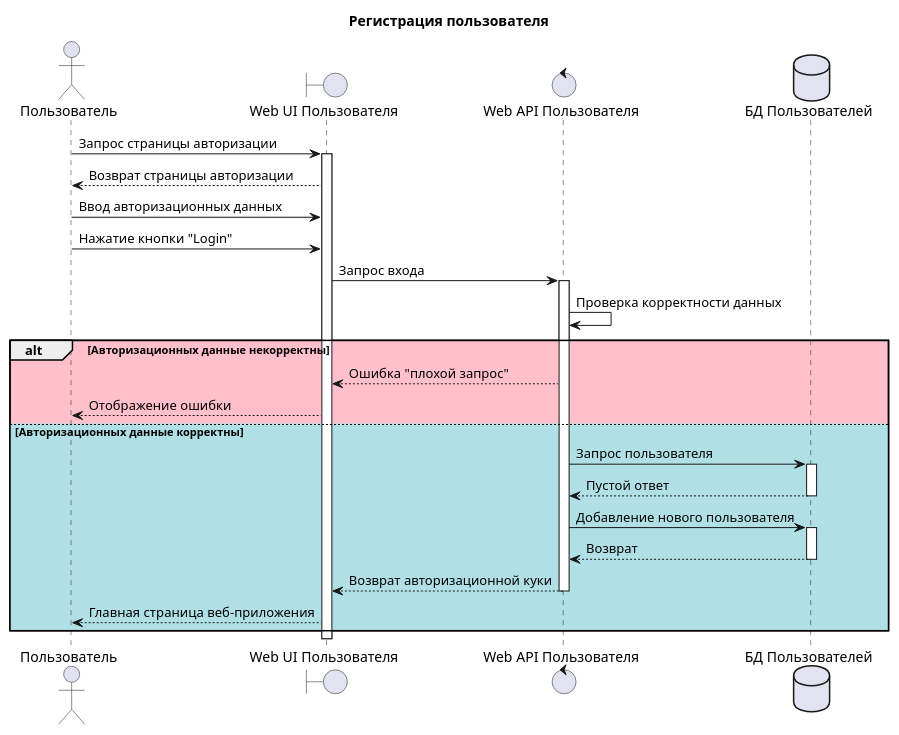
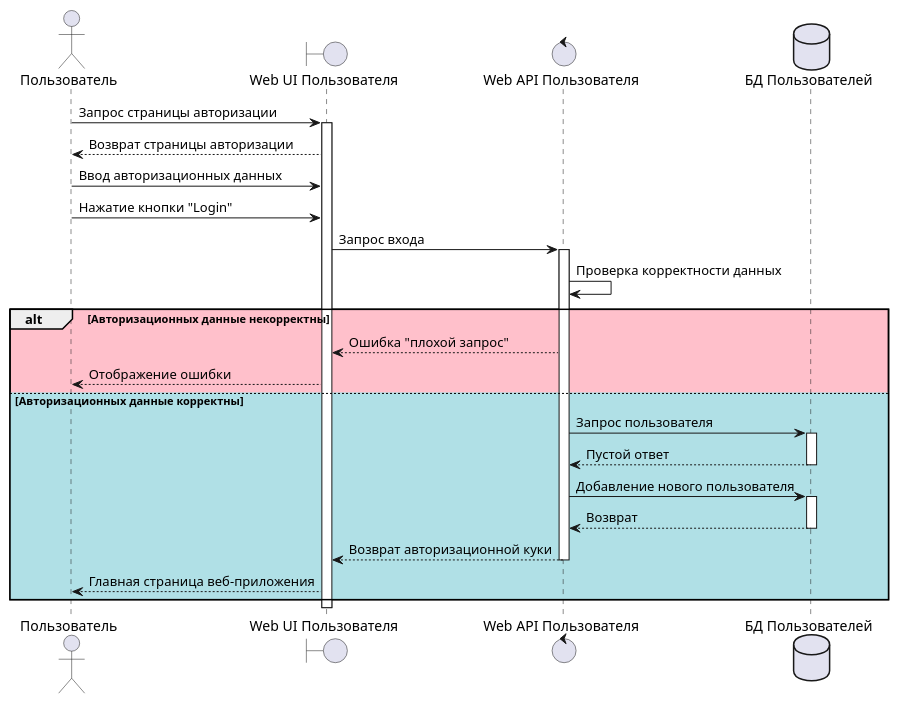
One commit to mrypdm/JobSystem changed the first of 5 diagrams in docs/diagrams/sequence/User.WebApp.puml. Above: the diagram before and after it, drawn with PlantUML. The commit also changed other lines of this file and 19 other files, not shown here.

```diff
--- a/docs/diagrams/sequence/User.WebApp.puml
+++ b/docs/diagrams/sequence/User.WebApp.puml
@@ -1,33 +1,31 @@
 @startuml User sign up
-
-title Регистрация пользователя
 
 actor Пользователь as USER
 boundary "Web UI Пользователя" as UI
 control "Web API Пользователя" as API
 database "БД Пользователей" as DB
 
 USER -> UI++: Запрос страницы авторизации
 UI --> USER: Возврат страницы авторизации
 USER -> UI: Ввод авторизационных данных
 USER -> UI: Нажатие кнопки "Login"
 UI -> API++: Запрос входа
 API -> API: Проверка корректности данных
 
 alt #Pink Авторизационных данные некорректны
 
     API --> UI: Ошибка "плохой запрос"
     UI --> USER: Отображение ошибки
 
 else #PowderBlue  Авторизационных данные корректны
 
     API -> DB++: Запрос пользователя
     DB --> API--: Пустой ответ
     API -> DB++: Добавление нового пользователя
     DB --> API--: Возврат
     API --> UI--: Возврат авторизационной куки
     UI --> USER: Главная страница веб-приложения
 
 end
 
 @enduml
```
